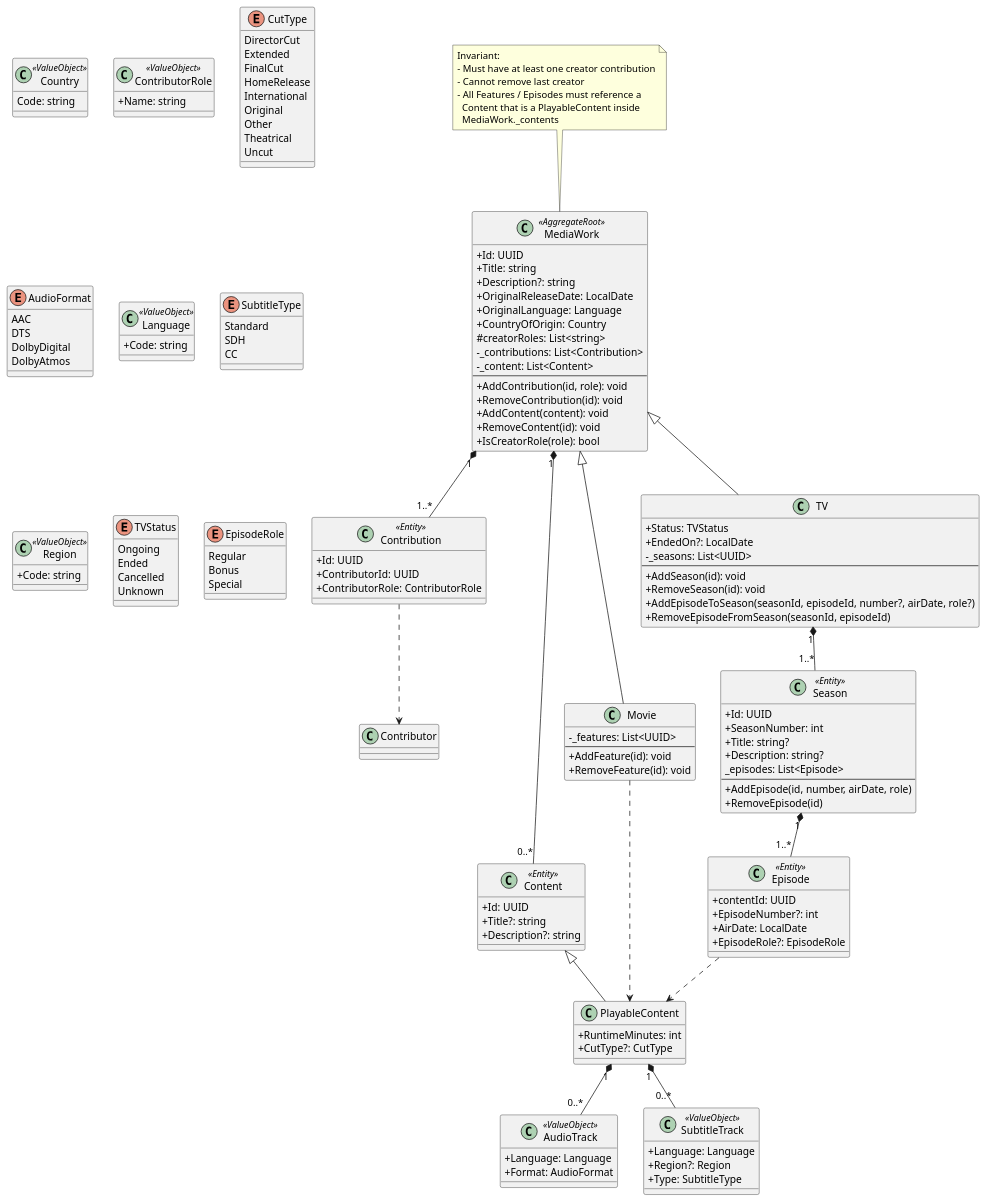
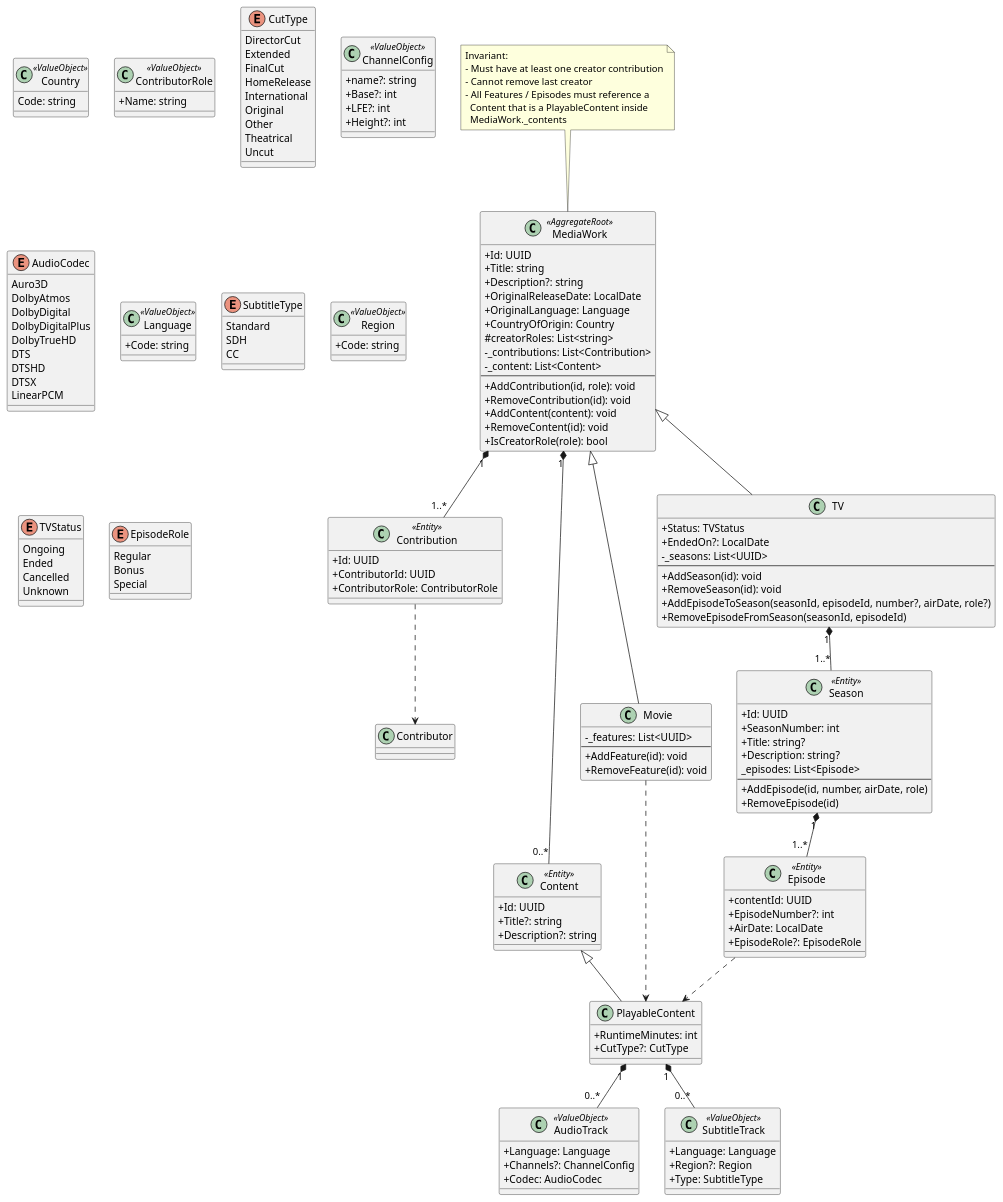
Before and after one commit to yantue/colleq: the diagram in docs/uml/domain/media_work.domain.puml, drawn with PlantUML. The commit also changed 1 other file, not shown here.

Commit message:
docs: Update AudioTrack with codecs and channels

```diff
--- a/docs/uml/domain/media_work.domain.puml
+++ b/docs/uml/domain/media_work.domain.puml
@@ -1,177 +1,190 @@
 @startuml
 skinparam classAttributeIconSize 0
 
 ' ===== CORE =====
 class MediaWork <<AggregateRoot>> {
     +Id: UUID
     +Title: string
     +Description?: string
     +OriginalReleaseDate: LocalDate
     +OriginalLanguage: Language
     +CountryOfOrigin: Country
     #creatorRoles: List<string>
     -_contributions: List<Contribution>
     -_content: List<Content>
     --
     +AddContribution(id, role): void
     +RemoveContribution(id): void
     +AddContent(content): void
     +RemoveContent(id): void
     +IsCreatorRole(role): bool
 }
 
 note top of MediaWork
 Invariant:
 - Must have at least one creator contribution
 - Cannot remove last creator
 - All Features / Episodes must reference a
   Content that is a PlayableContent inside
   MediaWork._contents
 end note
 
 class Country <<ValueObject>> {
     Code: string
 }
 
 ' ===== CONTRIBUTIONS =====
 class Contribution <<Entity>> {
     +Id: UUID
     +ContributorId: UUID
     +ContributorRole: ContributorRole
 }
 
 class ContributorRole <<ValueObject>> {
     +Name: string
 }
 
 MediaWork "1" *-- "1..*" Contribution
 
 ' ===== CONTENT =====
 class Content <<Entity>> {
     +Id: UUID
     +Title?: string
     +Description?: string
 }
 
 MediaWork "1" *-- "0..*" Content
 
 class PlayableContent {
     +RuntimeMinutes: int
     +CutType?: CutType
 }
 
 enum CutType {
     DirectorCut
     Extended
     FinalCut
     HomeRelease
     International
     Original
     Other
     Theatrical
     Uncut
 }
 
 Content <|-- PlayableContent
 
 class AudioTrack <<ValueObject>> {
     +Language: Language
-    +Format: AudioFormat
+    +Channels?: ChannelConfig
+    +Codec: AudioCodec
 }
 
-enum AudioFormat {
-    AAC
+class ChannelConfig <<ValueObject>> {
+    +name?: string
+    +Base?: int
+    +LFE?: int
+    +Height?: int
+}
+
+enum AudioCodec {
+    Auro3D
+    DolbyAtmos
+    DolbyDigital
+    DolbyDigitalPlus
+    DolbyTrueHD
     DTS
-    DolbyDigital
-    DolbyAtmos
+    DTSHD
+    DTSX
+    LinearPCM
 }
 
 class Language <<ValueObject>> {
     +Code: string
 }
 
 PlayableContent "1" *-- "0..*" AudioTrack
 
 class SubtitleTrack <<ValueObject>> {
     +Language: Language
     +Region?: Region
     +Type: SubtitleType
 }
 
 enum SubtitleType {
     Standard
     SDH
     CC
 }
 
 class Region <<ValueObject>> {
     +Code: string
 }
 
 PlayableContent "1" *-- "0..*" SubtitleTrack
 
 ' ===== MOVIE =====
 class Movie {
     -_features: List<UUID>
     --
     +AddFeature(id): void
     +RemoveFeature(id): void
 }
 
 MediaWork <|-- Movie
 Movie ..> PlayableContent
 
 ' ===== TV =====
 class TV {
     +Status: TVStatus
     +EndedOn?: LocalDate
     -_seasons: List<UUID>
     --
     +AddSeason(id): void
     +RemoveSeason(id): void
     +AddEpisodeToSeason(seasonId, episodeId, number?, airDate, role?)
     +RemoveEpisodeFromSeason(seasonId, episodeId)
 }
 
 MediaWork <|-- TV
 
 enum TVStatus {
     Ongoing
     Ended
     Cancelled
     Unknown
 }
 
 class Season <<Entity>> {
     +Id: UUID
     +SeasonNumber: int
     +Title: string?
     +Description: string?
     _episodes: List<Episode>
     --
     +AddEpisode(id, number, airDate, role)
     +RemoveEpisode(id)
 }
 
 TV "1" *-- "1..*" Season
 
 class Episode <<Entity>> {
     +contentId: UUID
     +EpisodeNumber?: int
     +AirDate: LocalDate
     +EpisodeRole?: EpisodeRole
 }
 
 Season "1" *-- "1..*" Episode
 Episode ..> PlayableContent
 
 enum EpisodeRole {
     Regular
     Bonus
     Special
 }
 
 ' ===== CROSS-AGGREGATE REFERENCE =====
 Contribution ..> Contributor
 
 @enduml
```
